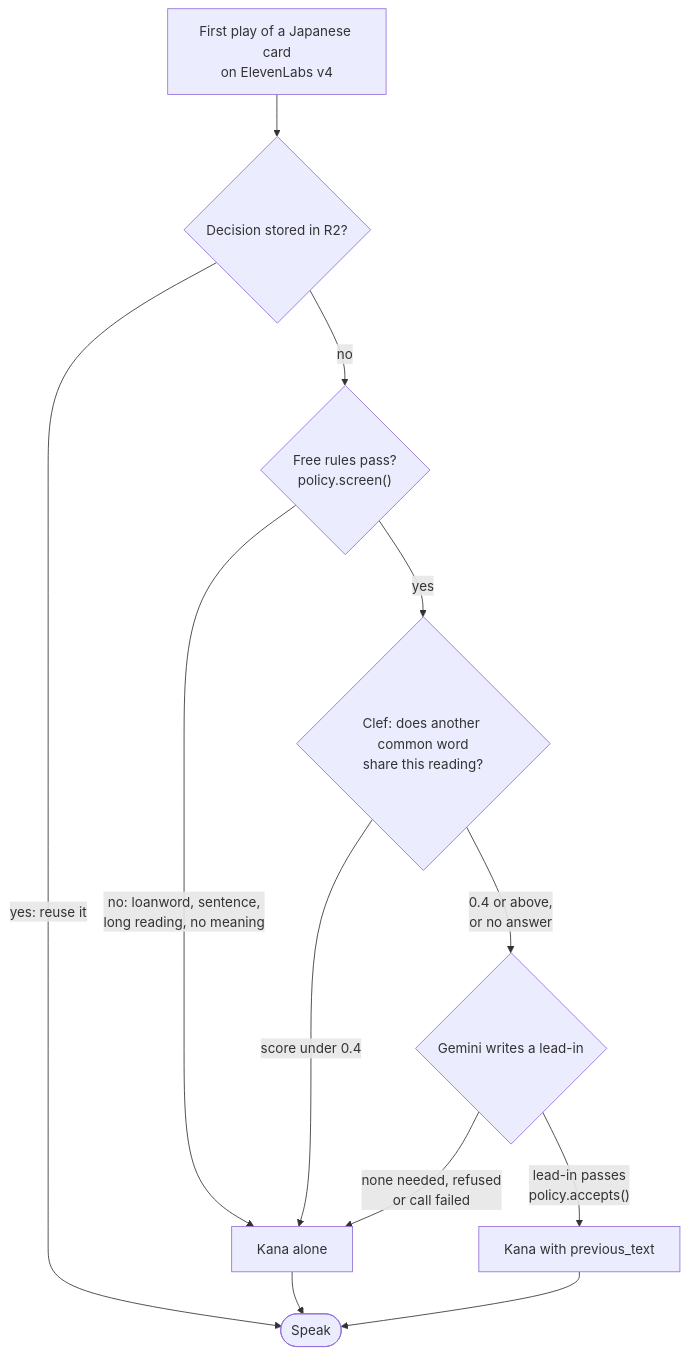
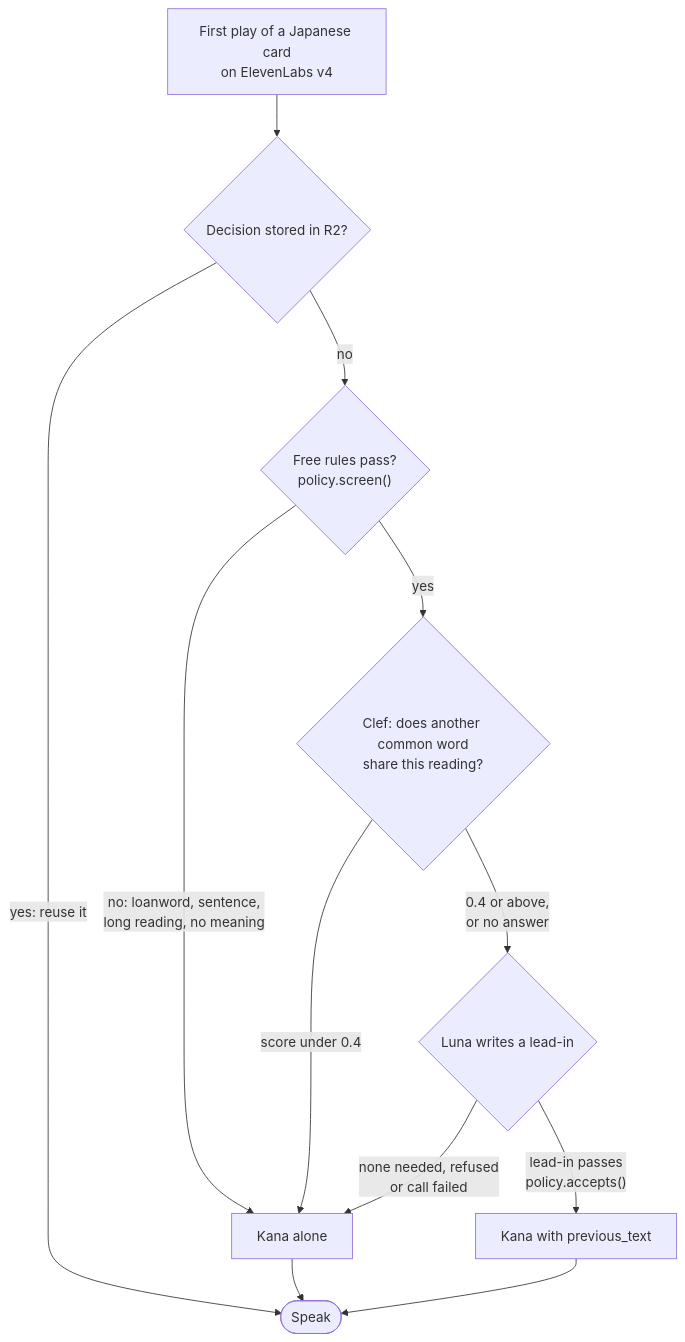
Before and after one commit to krambertech/lymi: the diagram in docs/lead-ins.md, drawn with Mermaid. The commit also changed other lines of this file and 46 other files, not shown here.

````diff
--- a/docs/lead-ins.md
+++ b/docs/lead-ins.md
@@ -11,14 +11,14 @@
 ```mermaid
 flowchart TD
   Play["First play of a Japanese card<br/>on ElevenLabs v4"] --> Stored{"Decision stored in R2?"}
   Stored -- "yes: reuse it" --> Done(["Speak"])
   Stored -- no --> Rules{"Free rules pass?<br/>policy.screen()"}
   Rules -- "no: loanword, sentence,<br/>long reading, no meaning" --> Kana["Kana alone"]
   Rules -- yes --> Clef{"Clef: does another common word<br/>share this reading?"}
   Clef -- "score under 0.4" --> Kana
-  Clef -- "0.4 or above,<br/>or no answer" --> Writer{"Gemini writes a lead-in"}
+  Clef -- "0.4 or above,<br/>or no answer" --> Writer{"Luna writes a lead-in"}
   Writer -- "lead-in passes<br/>policy.accepts()" --> Lead["Kana with previous_text"]
   Writer -- "none needed, refused<br/>or call failed" --> Kana
   Kana --> Done
   Lead --> Done
 ```
````
